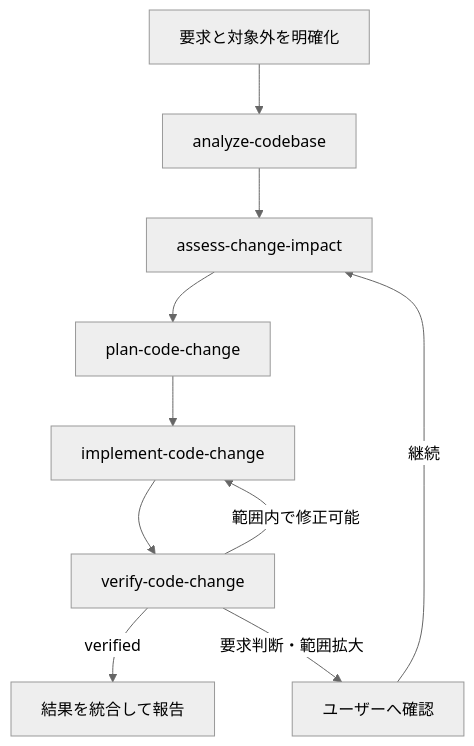
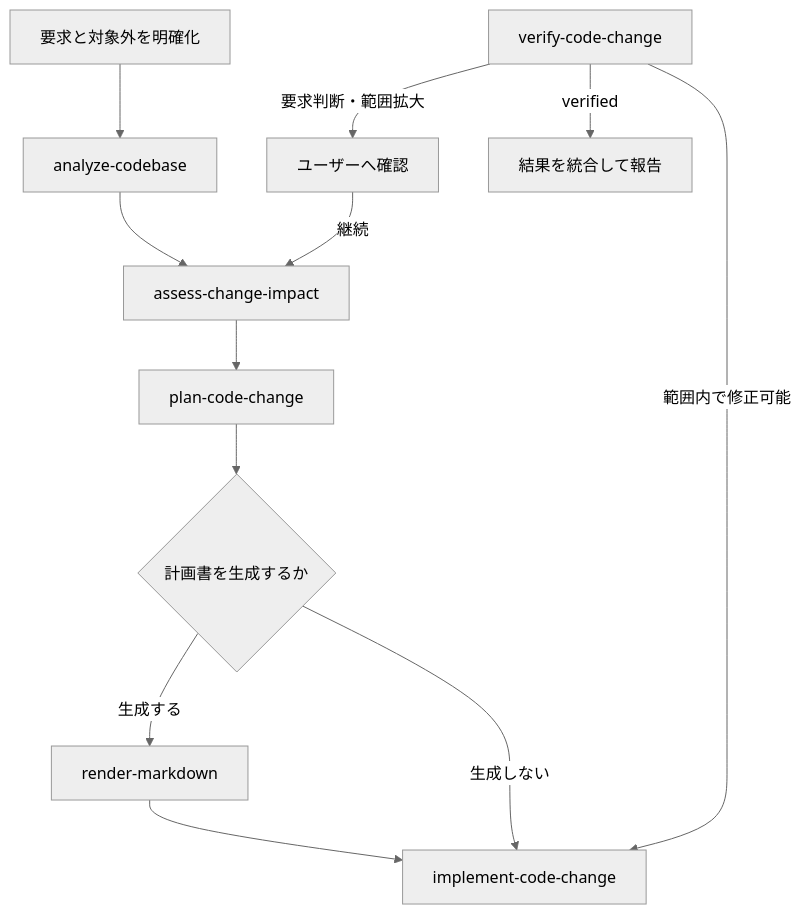
The diagram in skills/workflows/implement-feature/SKILL.md (tikuwabuoden/skill-architecture), drawn with Mermaid (neutral theme) before and after one commit. The commit also changed other lines of this file and 3 other files, not shown here.

````diff
--- a/skills/workflows/implement-feature/SKILL.md
+++ b/skills/workflows/implement-feature/SKILL.md
@@ -26,17 +27,21 @@
 ```mermaid
 flowchart TD
     R[要求と対象外を明確化]
     A[analyze-codebase]
     I[assess-change-impact]
     P[plan-code-change]
+    G{計画書を生成するか}
+    D[render-markdown]
     M[implement-code-change]
     V[verify-code-change]
     U[ユーザーへ確認]
     C[結果を統合して報告]
 
-    R --> A --> I --> P --> M --> V
+    R --> A --> I --> P --> G
+    G -->|生成する| D --> M
+    G -->|生成しない| M
     V -->|verified| C
     V -->|範囲内で修正可能| M
     V -->|要求判断・範囲拡大| U
     U -->|継続| I
 ```
````
